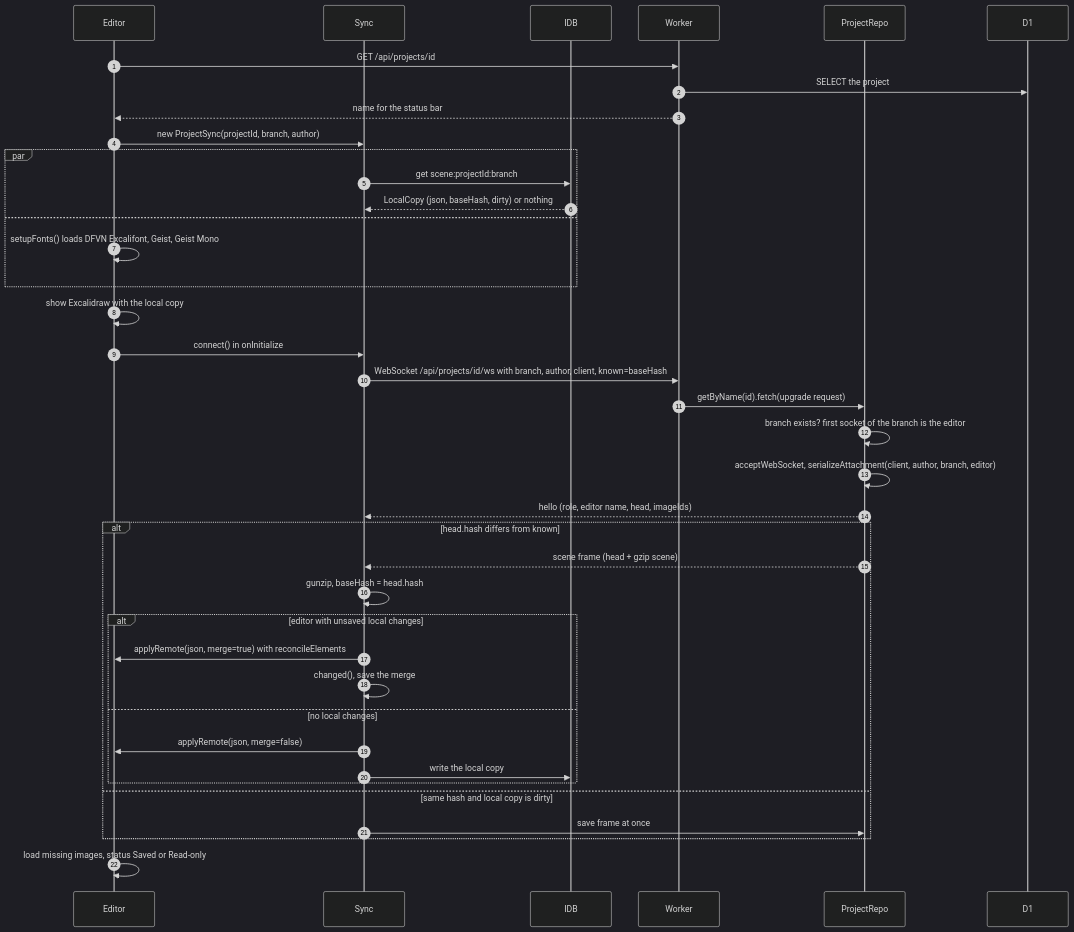
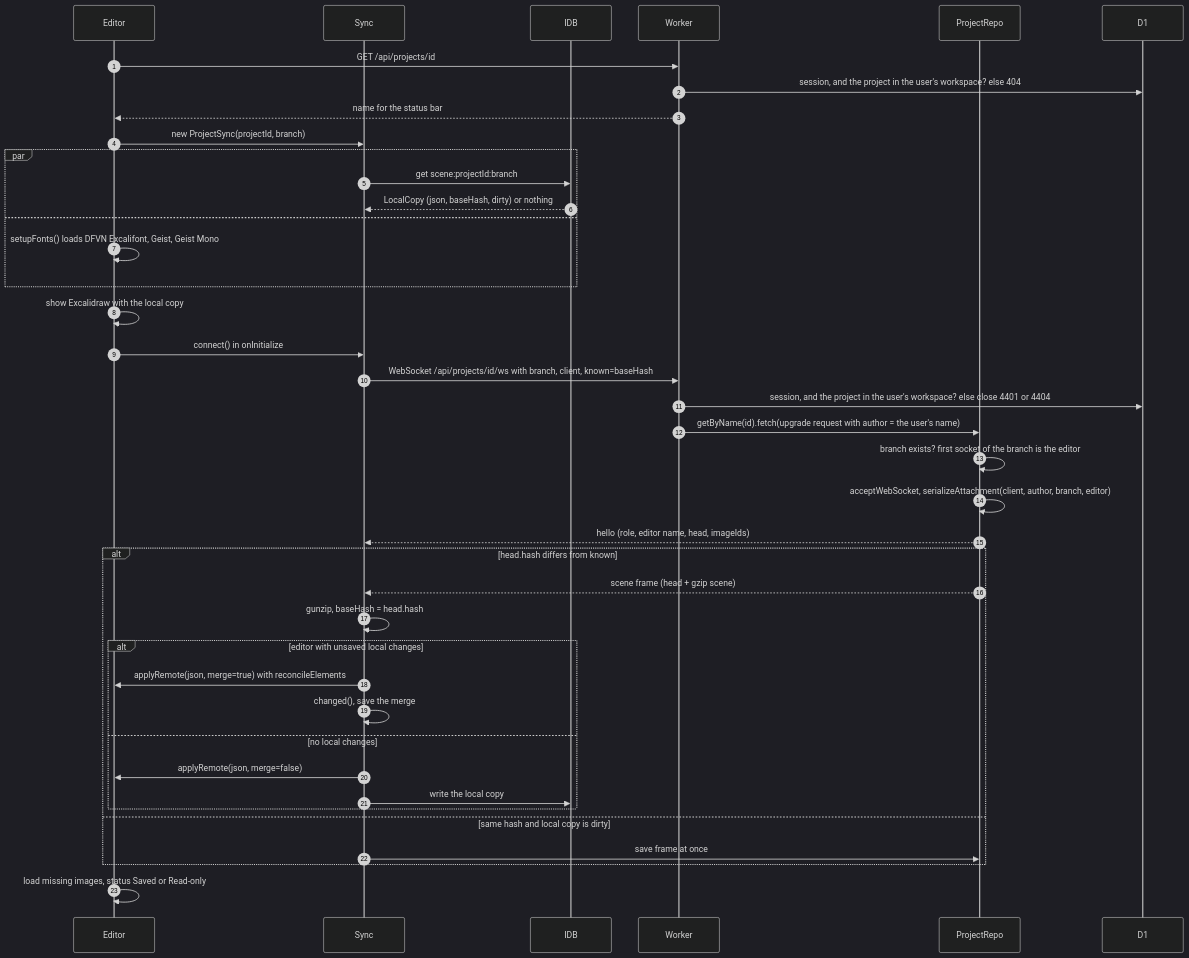
Before and after one commit to betty2310/draw: the second of 15 diagrams in docs/sequences.md, drawn with Mermaid (dark theme). The commit also changed other lines of this file and 5 other files, not shown here.

````diff
--- a/docs/sequences.md
+++ b/docs/sequences.md
@@ -69,42 +83,43 @@
 ```mermaid
 sequenceDiagram
   autonumber
   participant E as Editor
   participant S as Sync
   participant IDB
   participant W as Worker
   participant DO as ProjectRepo
   participant D1
 
   E->>W: GET /api/projects/id
-  W->>D1: SELECT the project
+  W->>D1: session, and the project in the user's workspace? else 404
   W-->>E: name for the status bar
-  E->>S: new ProjectSync(projectId, branch, author)
+  E->>S: new ProjectSync(projectId, branch)
   par
     S->>IDB: get scene:projectId:branch
     IDB-->>S: LocalCopy (json, baseHash, dirty) or nothing
   and
     E->>E: setupFonts() loads DFVN Excalifont, Geist, Geist Mono
   end
   E->>E: show Excalidraw with the local copy
   E->>S: connect() in onInitialize
-  S->>W: WebSocket /api/projects/id/ws with branch, author, client, known=baseHash
-  W->>DO: getByName(id).fetch(upgrade request)
+  S->>W: WebSocket /api/projects/id/ws with branch, client, known=baseHash
+  W->>D1: session, and the project in the user's workspace? else close 4401 or 4404
+  W->>DO: getByName(id).fetch(upgrade request with author = the user's name)
   DO->>DO: branch exists? first socket of the branch is the editor
   DO->>DO: acceptWebSocket, serializeAttachment(client, author, branch, editor)
   DO-->>S: hello (role, editor name, head, imageIds)
   alt head.hash differs from known
     DO-->>S: scene frame (head + gzip scene)
     S->>S: gunzip, baseHash = head.hash
     alt editor with unsaved local changes
       S->>E: applyRemote(json, merge=true) with reconcileElements
       S->>S: changed(), save the merge
     else no local changes
       S->>E: applyRemote(json, merge=false)
       S->>IDB: write the local copy
     end
   else same hash and local copy is dirty
     S->>DO: save frame at once
   end
   E->>E: load missing images, status Saved or Read-only
 ```
````
